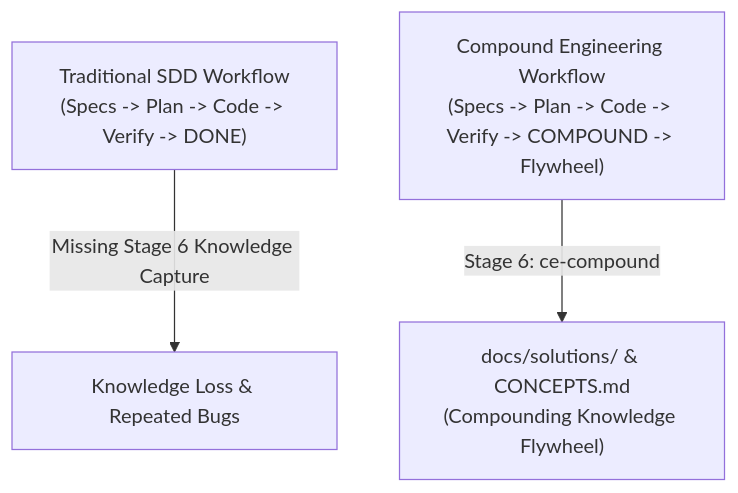
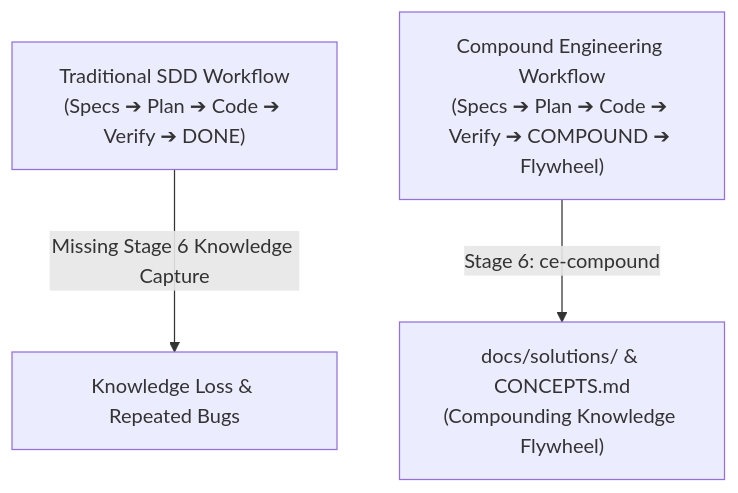
The ninth of 9 diagrams in docs/user-guide/quick-start-workflow-guide.md (mastepanoski/ce-ai), drawn with Mermaid before and after one commit. The commit also changed other lines of this file and 1 other file, not shown here.

Commit message:
fix(docs): quote edge labels and replace raw arrows in Mermaid diagrams to fix rendering parse errors

````diff
--- a/docs/user-guide/quick-start-workflow-guide.md
+++ b/docs/user-guide/quick-start-workflow-guide.md
@@ -332,6 +332,6 @@
 ```mermaid
 flowchart TD
-    TRADITIONAL_SDD["Traditional SDD Workflow\n(Specs -> Plan -> Code -> Verify -> DONE)"] -->|Missing Stage 6 Knowledge Capture| SINK[Knowledge Loss & Repeated Bugs]
+    TRADITIONAL_SDD["Traditional SDD Workflow\n(Specs ➔ Plan ➔ Code ➔ Verify ➔ DONE)"] -->|"Missing Stage 6 Knowledge Capture"| SINK["Knowledge Loss & Repeated Bugs"]
 
-    CE_WORKFLOW["Compound Engineering Workflow\n(Specs -> Plan -> Code -> Verify -> COMPOUND -> Flywheel)"] -->|Stage 6: ce-compound| FLYWHEEL["docs/solutions/ & CONCEPTS.md\n(Compounding Knowledge Flywheel)"]
+    CE_WORKFLOW["Compound Engineering Workflow\n(Specs ➔ Plan ➔ Code ➔ Verify ➔ COMPOUND ➔ Flywheel)"] -->|"Stage 6: ce-compound"| FLYWHEEL["docs/solutions/ & CONCEPTS.md\n(Compounding Knowledge Flywheel)"]
 ```
````
